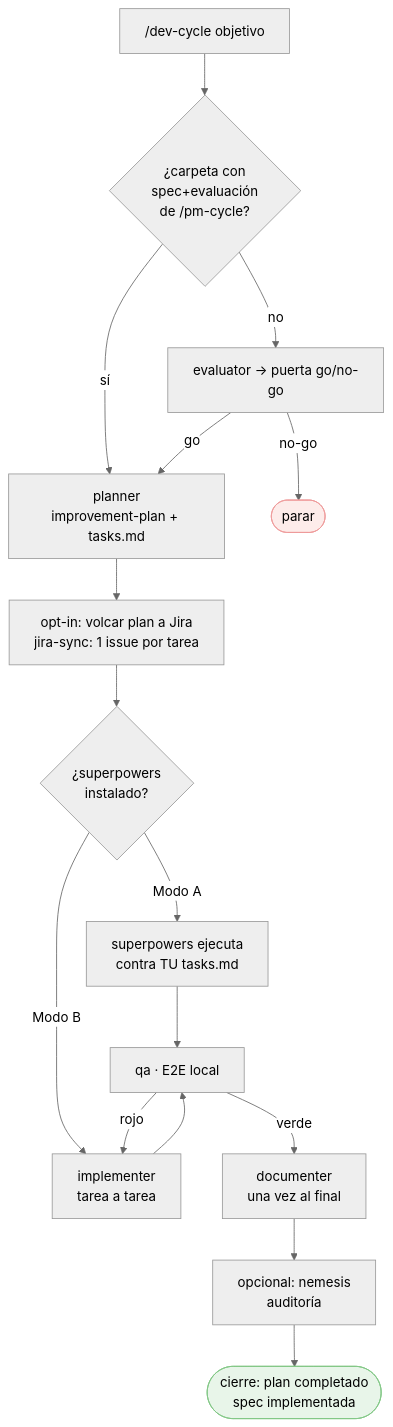
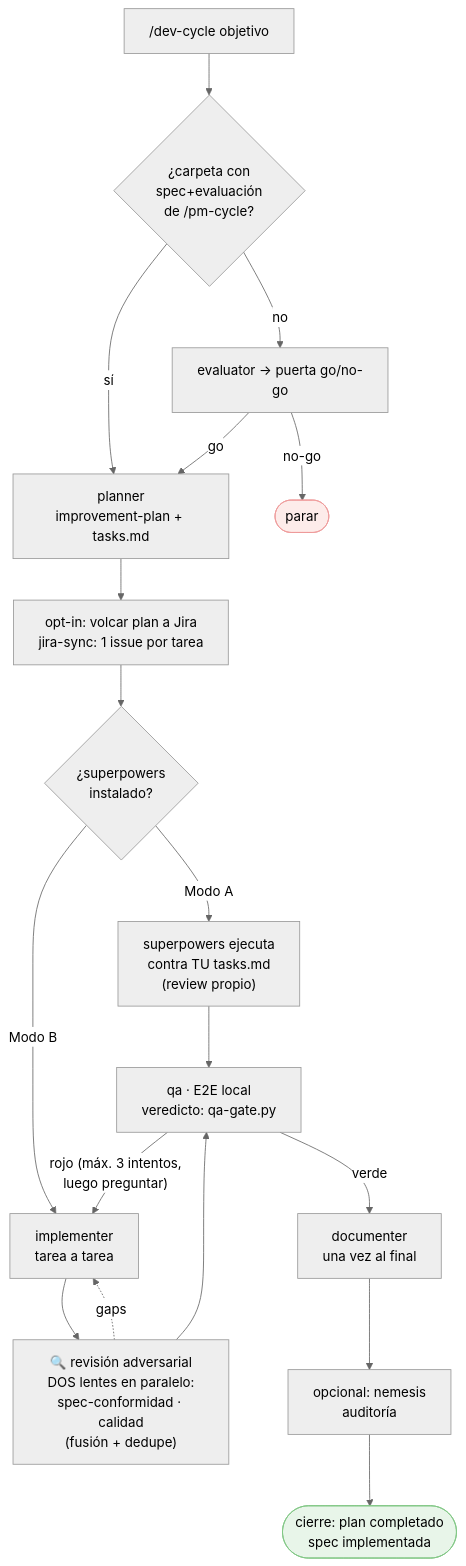
The fourth of 9 diagrams in docs/FLOWS.md (daycry/custom-agents), drawn with Mermaid (neutral theme) before and after one commit. The commit also changed other lines of this file and 60 other files, not shown here.

````diff
--- a/docs/FLOWS.md
+++ b/docs/FLOWS.md
@@ -72,20 +74,22 @@
 ```mermaid
 flowchart TD
     A["/dev-cycle objetivo"] --> B{"¿carpeta con\nspec+evaluación\nde /pm-cycle?"}
     B -->|sí| D
     B -->|no| C["evaluator → puerta go/no-go"]
     C -->|go| D["planner\nimprovement-plan + tasks.md"]
     C -->|no-go| X(["parar"])
     D --> E["opt-in: volcar plan a Jira\njira-sync: 1 issue por tarea"]
     E --> F{"¿superpowers\ninstalado?"}
-    F -->|Modo A| G["superpowers ejecuta\ncontra TU tasks.md"]
+    F -->|Modo A| G["superpowers ejecuta\ncontra TU tasks.md\n(review propio)"]
     F -->|Modo B| H["implementer\ntarea a tarea"]
-    G --> I["qa · E2E local"]
-    H --> I
-    I -->|rojo| H
+    H --> R["🔍 revisión adversarial\nDOS lentes en paralelo:\nspec-conformidad · calidad\n(fusión + dedupe)"]
+    R -.->|gaps| H
+    G --> I["qa · E2E local\nveredicto: qa-gate.py"]
+    R --> I
+    I -->|"rojo (máx. 3 intentos,\nluego preguntar)"| H
     I -->|verde| J["documenter\nuna vez al final"]
     J --> K["opcional: nemesis\nauditoría"]
     K --> L(["cierre: plan completado\nspec implementada"])
     style X fill:#fdecea,stroke:#ef9a9a
     style L fill:#e8f5e9,stroke:#81c784
 ```
````
